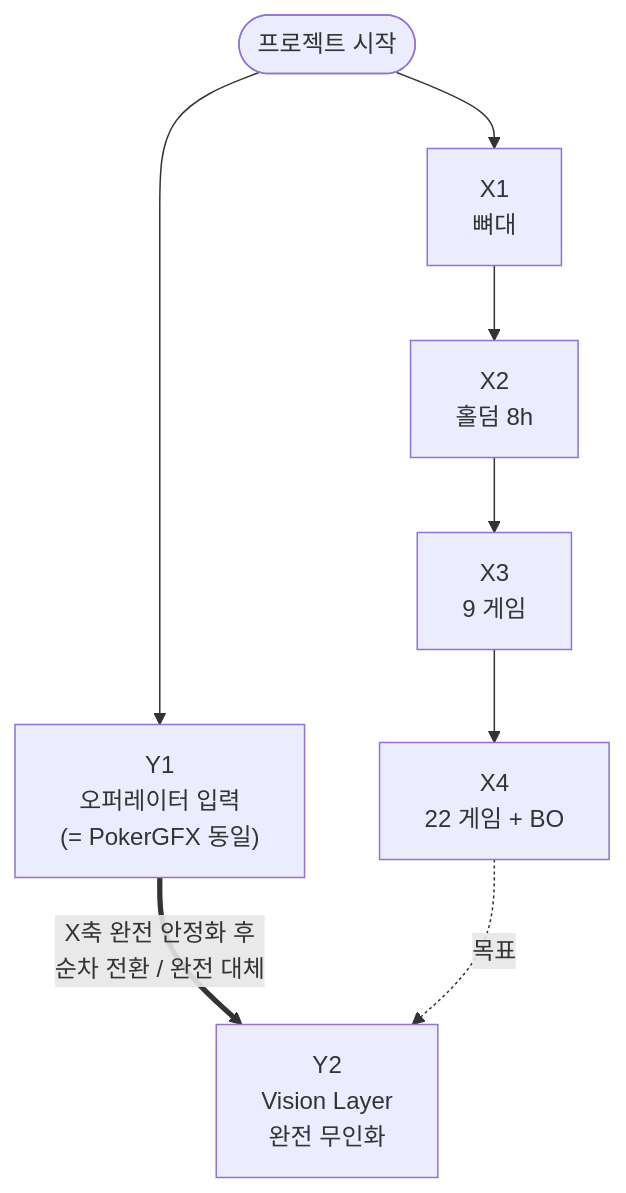
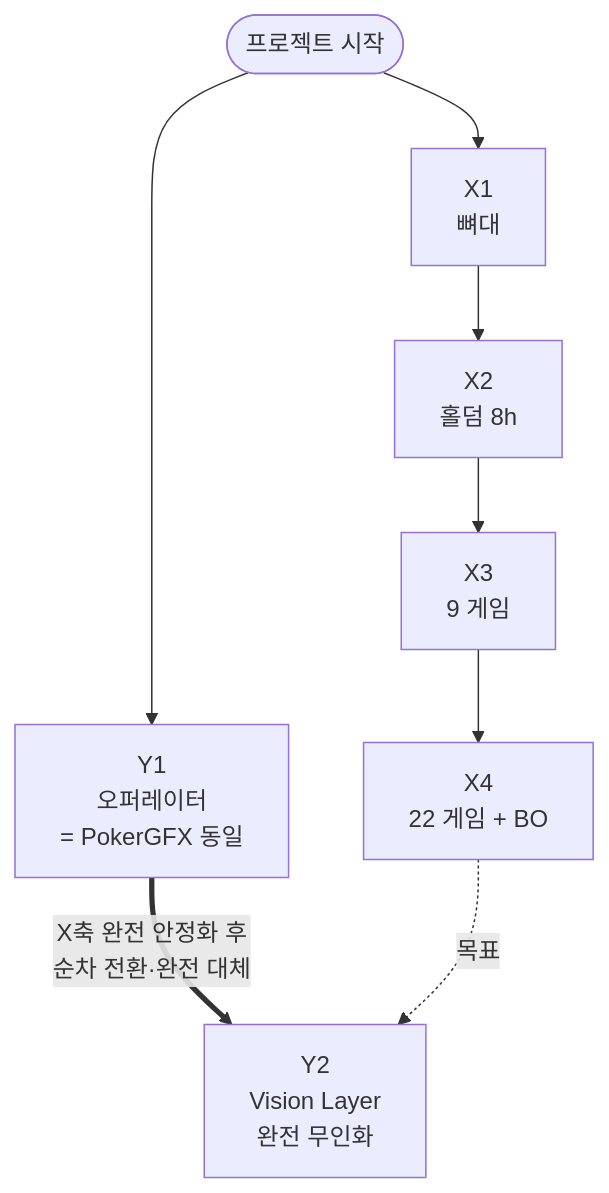
Before and after one commit to garimto81/ebs_github: diagram 18 of 18 in docs/1. Product/Foundation.md, drawn with Mermaid. The commit also changed other lines of this file and 2 other files, not shown here.

Commit message:
docs(foundation): v4.0 Graphic Novel Edition 본문 교체 (Foundation_redesign 통합)

````diff
--- a/docs/1. Product/Foundation.md
+++ b/docs/1. Product/Foundation.md
@@ -1592,9 +1021,9 @@
 ```mermaid
 flowchart TD
-    Start(["프로젝트 시작"])
-    X1["X1<br/>뼈대"] --> X2["X2<br/>홀덤 8h"] --> X3["X3<br/>9 게임"] --> X4["X4<br/>22 게임 + BO"]
+    Start([프로젝트 시작])
+    X1[X1<br/>뼈대] --> X2[X2<br/>홀덤 8h] --> X3[X3<br/>9 게임] --> X4[X4<br/>22 게임 + BO]
     Start --> X1
-    Start --> Y1["Y1<br/>오퍼레이터 입력<br/>(= PokerGFX 동일)"]
-    Y1 ==>|"X축 완전 안정화 후<br/>순차 전환 / 완전 대체"| Y2["Y2<br/>Vision Layer<br/>완전 무인화"]
+    Start --> Y1[Y1<br/>오퍼레이터<br/>= PokerGFX 동일]
+    Y1 ==>|X축 완전 안정화 후<br/>순차 전환·완전 대체| Y2[Y2<br/>Vision Layer<br/>완전 무인화]
     X4 -.목표.-> Y2
 ```
````
